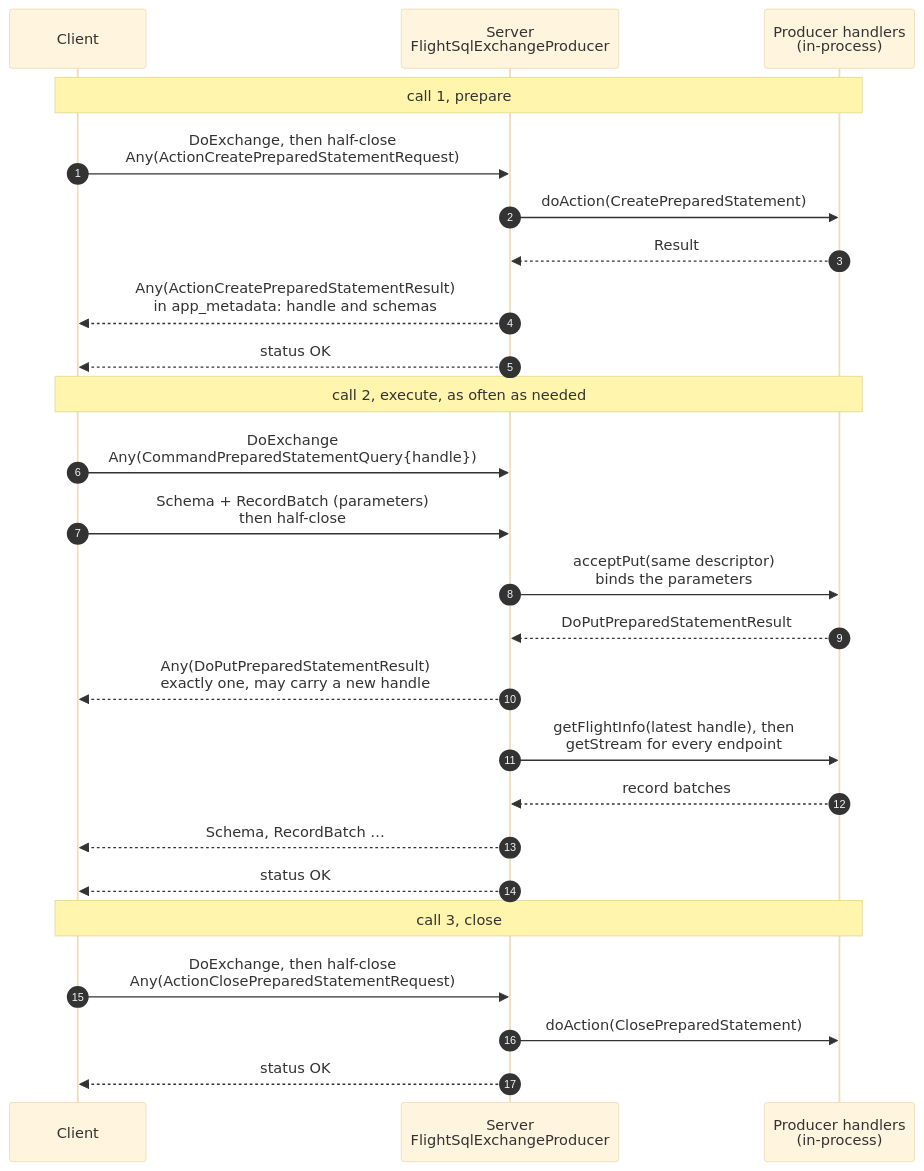
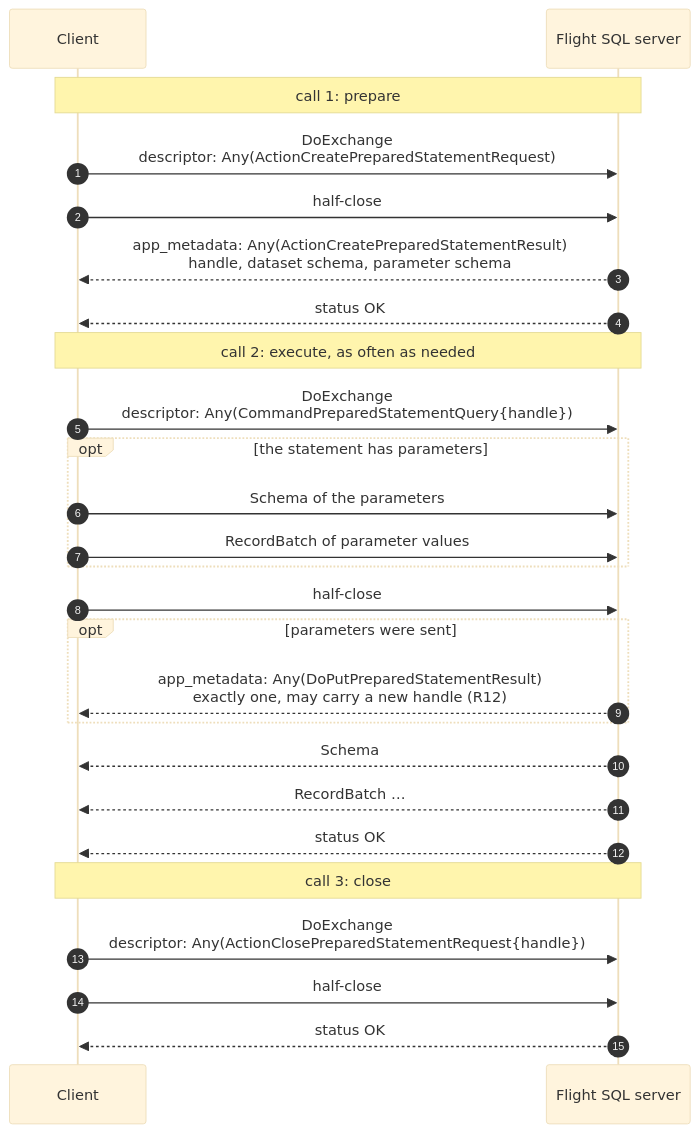
Before and after one commit to xborder/arrow-java: the sixth of 11 diagrams in flight/flight-sql/flight-sql-over-doexchange.md, drawn with Mermaid (base theme). The commit also changed other lines of this file, not shown here.

First line of the commit message:
[FlightSQL] Rework the DoExchange notes into a protocol proposal

````diff
--- a/flight/flight-sql/flight-sql-over-doexchange.md
+++ b/flight/flight-sql/flight-sql-over-doexchange.md
@@ -275,27 +360,28 @@
 ```mermaid
 sequenceDiagram
     autonumber
     participant C as Client
-    participant S as Server<br/>FlightSqlExchangeProducer
-    participant P as Producer handlers<br/>(in-process)
-    Note over C,P: call 1, prepare
-    C->>S: DoExchange, then half-close<br/>Any(ActionCreatePreparedStatementRequest)
-    S->>P: doAction(CreatePreparedStatement)
-    P-->>S: Result
-    S-->>C: Any(ActionCreatePreparedStatementResult)<br/>in app_metadata: handle and schemas
+    participant S as Flight SQL server
+    Note over C,S: call 1: prepare
+    C->>S: DoExchange<br/>descriptor: Any(ActionCreatePreparedStatementRequest)
+    C->>S: half-close
+    S-->>C: app_metadata: Any(ActionCreatePreparedStatementResult)<br/>handle, dataset schema, parameter schema
     S-->>C: status OK
-    Note over C,P: call 2, execute, as often as needed
-    C->>S: DoExchange<br/>Any(CommandPreparedStatementQuery{handle})
-    C->>S: Schema + RecordBatch (parameters)<br/>then half-close
-    S->>P: acceptPut(same descriptor)<br/>binds the parameters
-    P-->>S: DoPutPreparedStatementResult
-    S-->>C: Any(DoPutPreparedStatementResult)<br/>exactly one, may carry a new handle
-    S->>P: getFlightInfo(latest handle), then<br/>getStream for every endpoint
-    P-->>S: record batches
-    S-->>C: Schema, RecordBatch …
+    Note over C,S: call 2: execute, as often as needed
+    C->>S: DoExchange<br/>descriptor: Any(CommandPreparedStatementQuery{handle})
+    opt the statement has parameters
+        C->>S: Schema of the parameters
+        C->>S: RecordBatch of parameter values
+    end
+    C->>S: half-close
+    opt parameters were sent
+        S-->>C: app_metadata: Any(DoPutPreparedStatementResult)<br/>exactly one, may carry a new handle (R12)
+    end
+    S-->>C: Schema
+    S-->>C: RecordBatch …
     S-->>C: status OK
-    Note over C,P: call 3, close
-    C->>S: DoExchange, then half-close<br/>Any(ActionClosePreparedStatementRequest)
-    S->>P: doAction(ClosePreparedStatement)
+    Note over C,S: call 3: close
+    C->>S: DoExchange<br/>descriptor: Any(ActionClosePreparedStatementRequest{handle})
+    C->>S: half-close
     S-->>C: status OK
 ```
````
